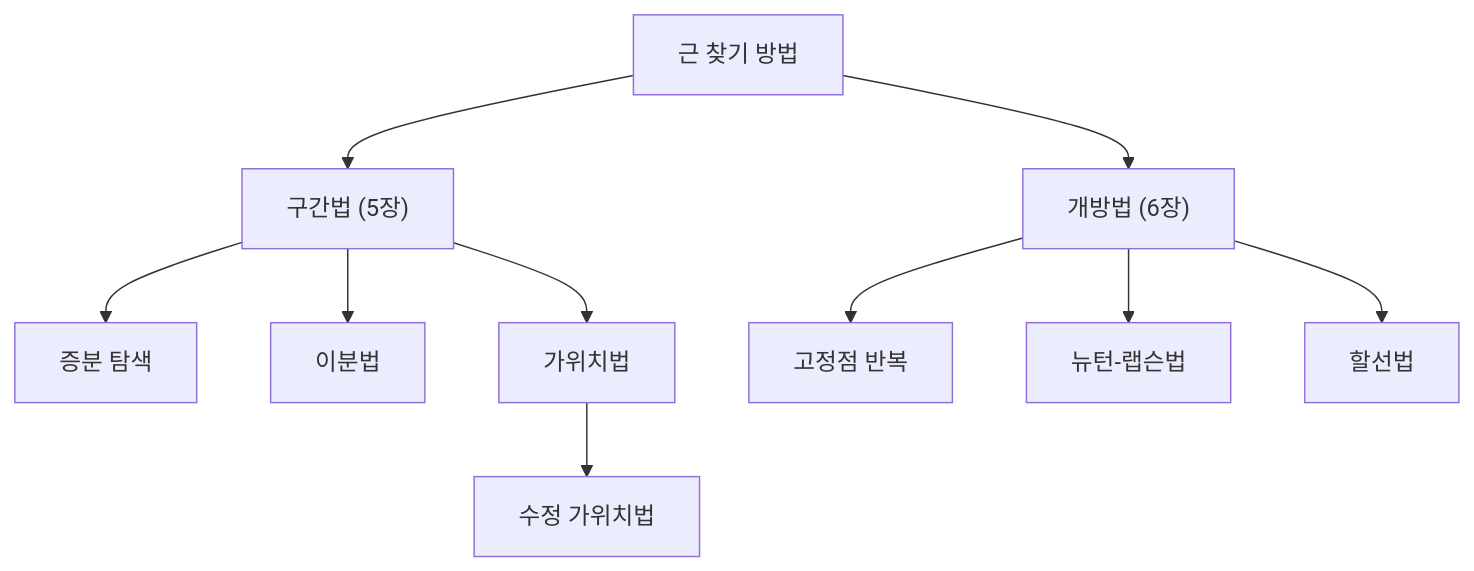
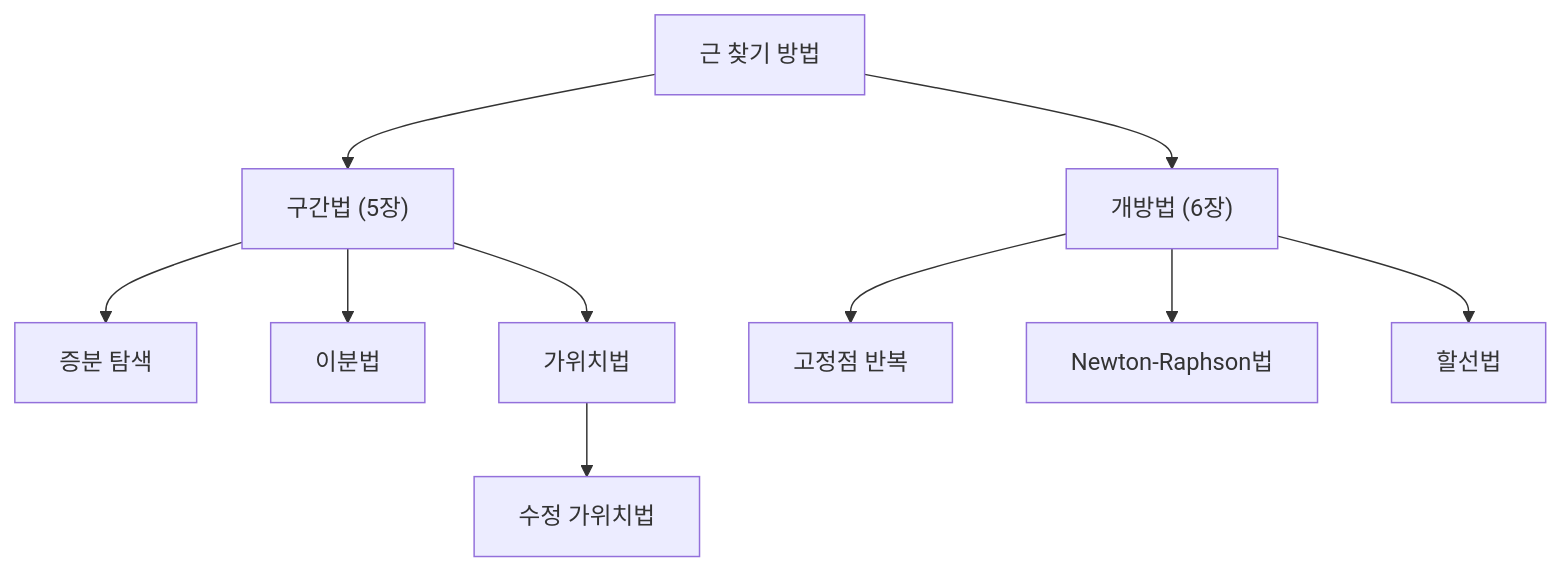
Before and after one commit to Choroning/26Spring_Numerical-Analysis: the first of 2 diagrams in Lecture-Notes/Ch05_Roots-Bracketing-Methods/Concepts_Lecture.ko.md, drawn with Mermaid. The commit also changed other lines of this file and 44 other files, not shown here.

````diff
--- a/Lecture-Notes/Ch05_Roots-Bracketing-Methods/Concepts_Lecture.ko.md
+++ b/Lecture-Notes/Ch05_Roots-Bracketing-Methods/Concepts_Lecture.ko.md
@@ -192,12 +192,12 @@
 ```mermaid
 flowchart TD
     A["근 찾기 방법"] --> B["구간법 (5장)"]
     A --> C["개방법 (6장)"]
     B --> B1["증분 탐색"]
     B --> B2["이분법"]
     B --> B3["가위치법"]
     B3 --> B4["수정 가위치법"]
     C --> C1["고정점 반복"]
-    C --> C2["뉴턴-랩슨법"]
+    C --> C2["Newton-Raphson법"]
     C --> C3["할선법"]
 ```
````
